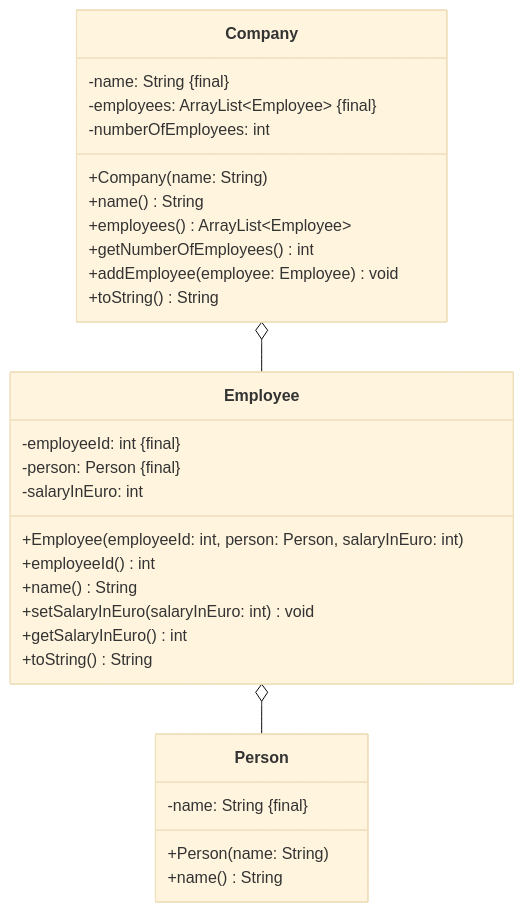
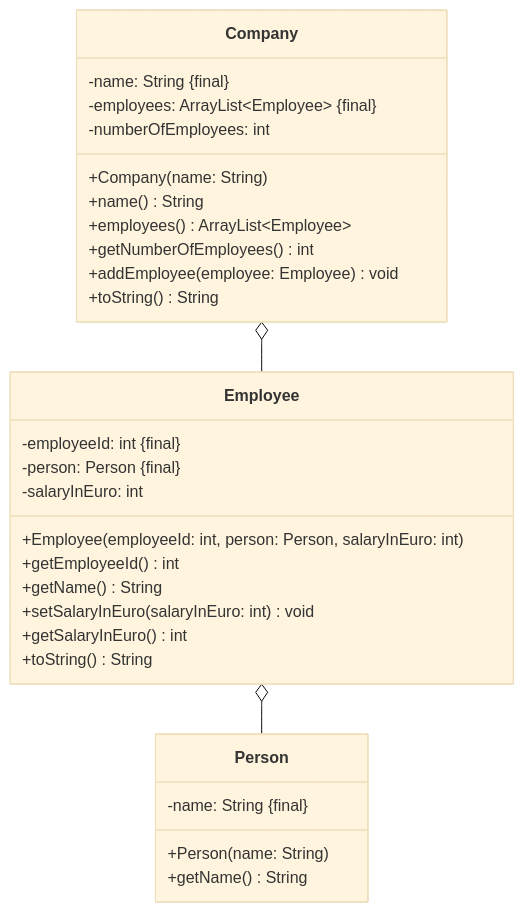
The diagram in docs/exercises/class-diagrams/class-diagrams04.mdx (jappuccini/java-docs), drawn with Mermaid (base theme) before and after one commit. The commit also changed 6 other files, not shown here.

````diff
--- a/docs/exercises/class-diagrams/class-diagrams04.mdx
+++ b/docs/exercises/class-diagrams/class-diagrams04.mdx
@@ -15,35 +15,35 @@
 ```mermaid
 classDiagram
     Company o-- Employee
     Employee o-- Person
 
     class Company {
         -name: String &#123final&#125
         -employees: ArrayList~Employee~ &#123final&#125
         -numberOfEmployees: int
         +Company(name: String)
         +name() String
         +employees() ArrayList~Employee~
         +getNumberOfEmployees() int
         +addEmployee(employee: Employee) void
         +toString() String
     }
 
     class Person {
         -name: String &#123final&#125
         +Person(name: String)
-        +name() String
+        +getName() String
     }
 
     class Employee {
         -employeeId: int &#123final&#125
         -person: Person &#123final&#125
         -salaryInEuro: int
         +Employee(employeeId: int, person: Person, salaryInEuro: int)
-        +employeeId() int
-        +name() String
+        +getEmployeeId() int
+        +getName() String
         +setSalaryInEuro(salaryInEuro: int) void
         +getSalaryInEuro() int
         +toString() String
     }
 ```
````
